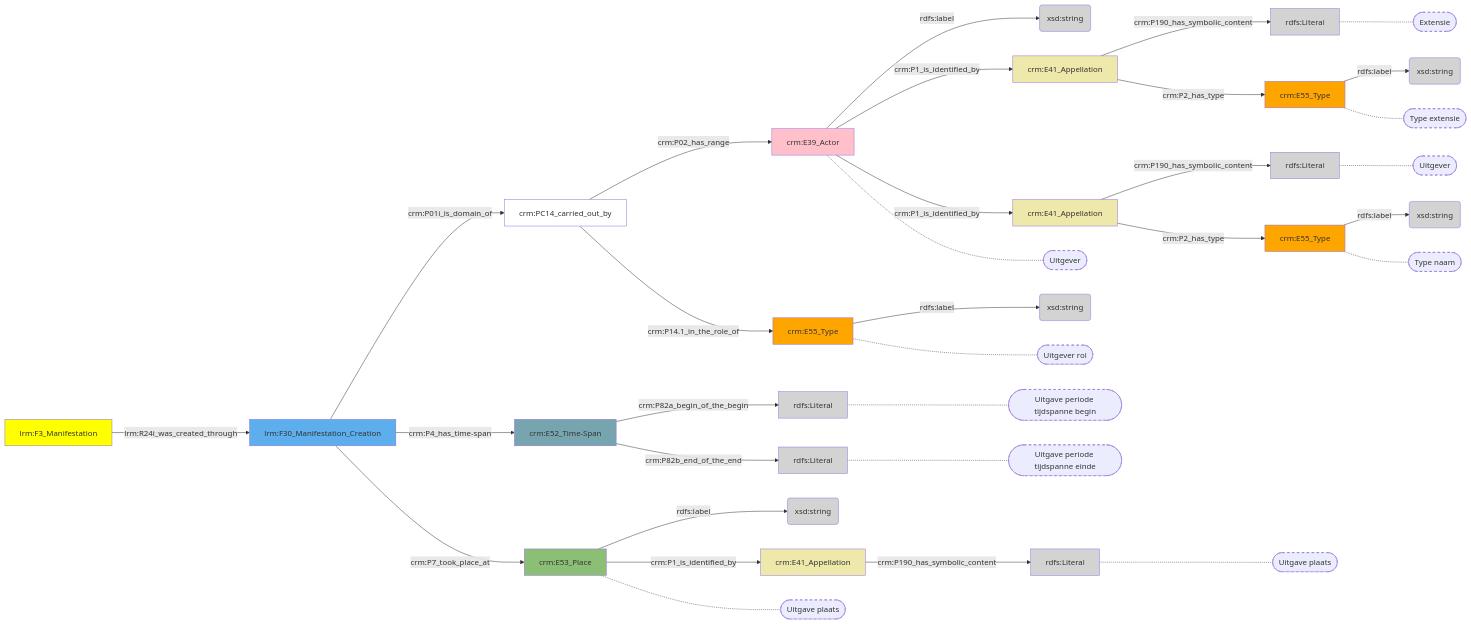
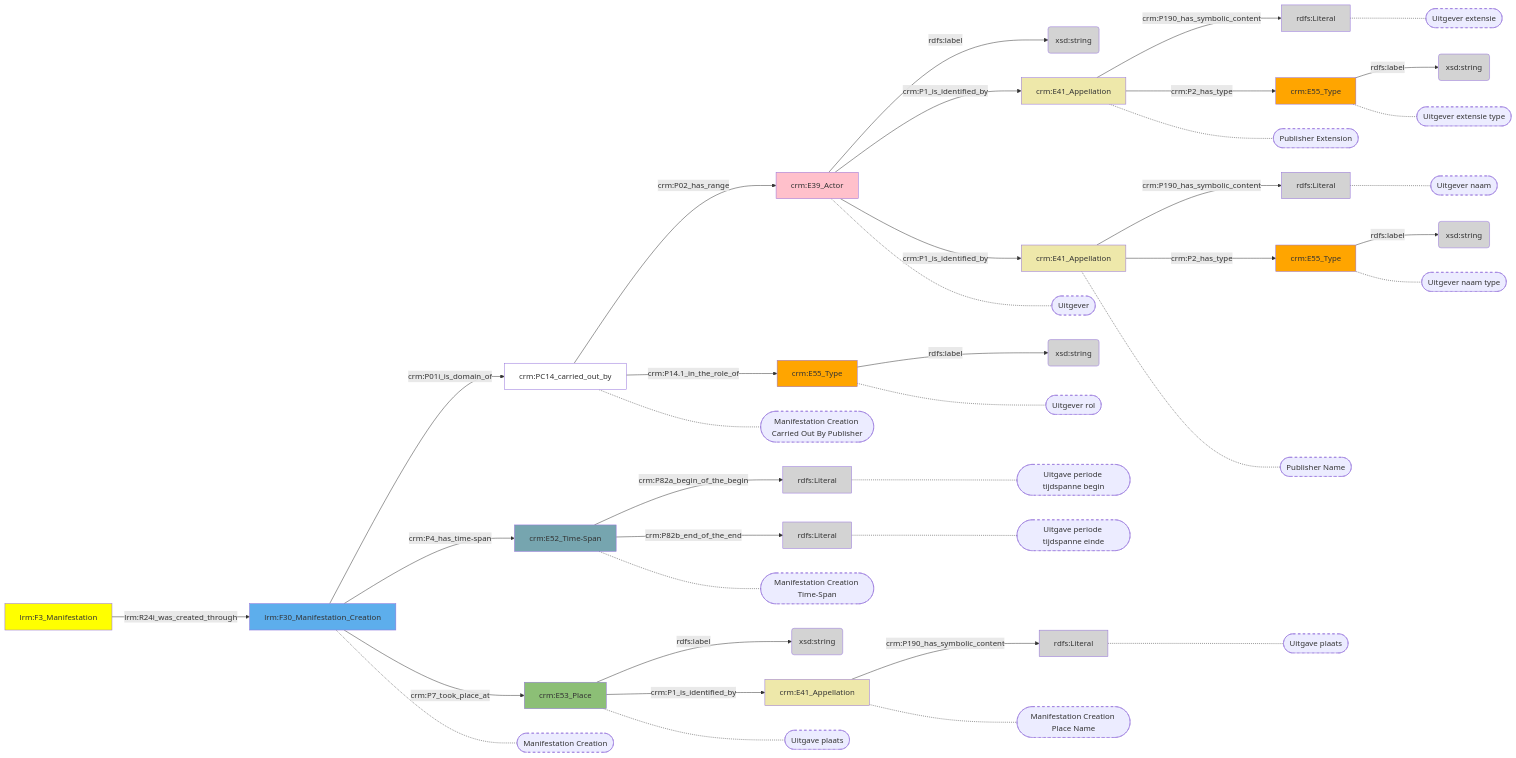
One commit to digipolisantwerpdocumentation/antwerp-cultureel-erfgoed changed the diagram in docs/content/modellen/BibliographicalManifestation/ManifestatieCreatie.md. Above: the diagram before and after it, drawn with Mermaid. The commit also changed 173 other files, not shown here.

````diff
--- a/docs/content/modellen/BibliographicalManifestation/ManifestatieCreatie.md
+++ b/docs/content/modellen/BibliographicalManifestation/ManifestatieCreatie.md
@@ -1,66 +1,78 @@
 ```mermaid
 graph LR
 960a47dc-94fe-11ee-9c98-960002548b4f["crm:E55_Type"]-->|"rdfs:label"|960a4b26-94fe-11ee-a096-960002548b4f(xsd:string)
 b2832f1a-8e98-11ee-8f9d-96a6d245525a["crm:E39_Actor"]-->|"rdfs:label"|b2832fe2-8e98-11ee-8f9d-96a6d245525a(xsd:string)
 b2833032-8e98-11ee-8f9d-96a6d245525a["crm:E41_Appellation"]-->|"crm:P190_has_symbolic_content"|b2833078-8e98-11ee-8f9d-96a6d245525a(rdfs:Literal)
 b28330c8-8e98-11ee-8f9d-96a6d245525a["crm:E55_Type"]-->|"rdfs:label"|b283310e-8e98-11ee-8f9d-96a6d245525a(xsd:string)
 b2833154-8e98-11ee-8f9d-96a6d245525a["crm:E41_Appellation"]-->|"crm:P190_has_symbolic_content"|b283319a-8e98-11ee-8f9d-96a6d245525a(rdfs:Literal)
 b2833276-8e98-11ee-8f9d-96a6d245525a["crm:E41_Appellation"]-->|"crm:P190_has_symbolic_content"|b28332bc-8e98-11ee-8f9d-96a6d245525a(rdfs:Literal)
 b2833398-8e98-11ee-8f9d-96a6d245525a["crm:E52_Time-Span"]-->|"crm:P82a_begin_of_the_begin"|b283342e-8e98-11ee-8f9d-96a6d245525a(rdfs:Literal)
 b2833398-8e98-11ee-8f9d-96a6d245525a["crm:E52_Time-Span"]-->|"crm:P82b_end_of_the_end"|b28334c4-8e98-11ee-8f9d-96a6d245525a(rdfs:Literal)
 b2833474-8e98-11ee-8f9d-96a6d245525a["crm:E55_Type"]-->|"rdfs:label"|b283355a-8e98-11ee-8f9d-96a6d245525a(xsd:string)
 b283350a-8e98-11ee-8f9d-96a6d245525a["crm:E53_Place"]-->|"rdfs:label"|b2832f88-8e98-11ee-8f9d-96a6d245525a(xsd:string)
 17e0efec-8e93-11ee-8f9d-96a6d245525a["lrm:F3_Manifestation"]-->|"lrm:R24i_was_created_through"|b2832db2-8e98-11ee-8f9d-96a6d245525a["lrm:F30_Manifestation_Creation"]
 b2832db2-8e98-11ee-8f9d-96a6d245525a["lrm:F30_Manifestation_Creation"]-->|"crm:P01i_is_domain_of"|b28333e8-8e98-11ee-8f9d-96a6d245525a["crm:PC14_carried_out_by"]
 b2832db2-8e98-11ee-8f9d-96a6d245525a["lrm:F30_Manifestation_Creation"]-->|"crm:P4_has_time-span"|b2833398-8e98-11ee-8f9d-96a6d245525a["crm:E52_Time-Span"]
 b2832db2-8e98-11ee-8f9d-96a6d245525a["lrm:F30_Manifestation_Creation"]-->|"crm:P7_took_place_at"|b283350a-8e98-11ee-8f9d-96a6d245525a["crm:E53_Place"]
 b2832f1a-8e98-11ee-8f9d-96a6d245525a["crm:E39_Actor"]-->|"crm:P1_is_identified_by"|b2833032-8e98-11ee-8f9d-96a6d245525a["crm:E41_Appellation"]
 b2832f1a-8e98-11ee-8f9d-96a6d245525a["crm:E39_Actor"]-->|"crm:P1_is_identified_by"|b2833276-8e98-11ee-8f9d-96a6d245525a["crm:E41_Appellation"]
 b2833032-8e98-11ee-8f9d-96a6d245525a["crm:E41_Appellation"]-->|"crm:P2_has_type"|b28330c8-8e98-11ee-8f9d-96a6d245525a["crm:E55_Type"]
 b2833276-8e98-11ee-8f9d-96a6d245525a["crm:E41_Appellation"]-->|"crm:P2_has_type"|960a47dc-94fe-11ee-9c98-960002548b4f["crm:E55_Type"]
 b28333e8-8e98-11ee-8f9d-96a6d245525a["crm:PC14_carried_out_by"]-->|"crm:P02_has_range"|b2832f1a-8e98-11ee-8f9d-96a6d245525a["crm:E39_Actor"]
 b28333e8-8e98-11ee-8f9d-96a6d245525a["crm:PC14_carried_out_by"]-->|"crm:P14.1_in_the_role_of"|b2833474-8e98-11ee-8f9d-96a6d245525a["crm:E55_Type"]
 b283350a-8e98-11ee-8f9d-96a6d245525a["crm:E53_Place"]-->|"crm:P1_is_identified_by"|b2833154-8e98-11ee-8f9d-96a6d245525a["crm:E41_Appellation"]
+b2832db2-8e98-11ee-8f9d-96a6d245525a["lrm:F30_Manifestation_Creation"]-.-b2832db2-8e98-11ee-8f9d-96a6d245525a_s(["Manifestation Creation"])
+b28333e8-8e98-11ee-8f9d-96a6d245525a["crm:PC14_carried_out_by"]-.-b28333e8-8e98-11ee-8f9d-96a6d245525a_s(["Manifestation Creation Carried Out By Publisher"])
+b2833398-8e98-11ee-8f9d-96a6d245525a["crm:E52_Time-Span"]-.-b2833398-8e98-11ee-8f9d-96a6d245525a_s(["Manifestation Creation Time-Span"])
 b283350a-8e98-11ee-8f9d-96a6d245525a["crm:E53_Place"]-.-b283350a-8e98-11ee-8f9d-96a6d245525a_s(["Uitgave plaats"])
-b2833078-8e98-11ee-8f9d-96a6d245525a["rdfs:Literal"]-.-b2833078-8e98-11ee-8f9d-96a6d245525a_s(["Extensie"])
-b28330c8-8e98-11ee-8f9d-96a6d245525a["crm:E55_Type"]-.-b28330c8-8e98-11ee-8f9d-96a6d245525a_s(["Type "extensie""])
+b2833032-8e98-11ee-8f9d-96a6d245525a["crm:E41_Appellation"]-.-b2833032-8e98-11ee-8f9d-96a6d245525a_s(["Publisher Extension"])
+b2833276-8e98-11ee-8f9d-96a6d245525a["crm:E41_Appellation"]-.-b2833276-8e98-11ee-8f9d-96a6d245525a_s(["Publisher Name"])
+b2833078-8e98-11ee-8f9d-96a6d245525a["rdfs:Literal"]-.-b2833078-8e98-11ee-8f9d-96a6d245525a_s(["Uitgever extensie"])
+b28330c8-8e98-11ee-8f9d-96a6d245525a["crm:E55_Type"]-.-b28330c8-8e98-11ee-8f9d-96a6d245525a_s(["Uitgever extensie type"])
 b283319a-8e98-11ee-8f9d-96a6d245525a["rdfs:Literal"]-.-b283319a-8e98-11ee-8f9d-96a6d245525a_s(["Uitgave plaats"])
-b28332bc-8e98-11ee-8f9d-96a6d245525a["rdfs:Literal"]-.-b28332bc-8e98-11ee-8f9d-96a6d245525a_s(["Uitgever"])
-960a47dc-94fe-11ee-9c98-960002548b4f["crm:E55_Type"]-.-960a47dc-94fe-11ee-9c98-960002548b4f_s(["Type "naam""])
+b28332bc-8e98-11ee-8f9d-96a6d245525a["rdfs:Literal"]-.-b28332bc-8e98-11ee-8f9d-96a6d245525a_s(["Uitgever naam"])
+960a47dc-94fe-11ee-9c98-960002548b4f["crm:E55_Type"]-.-960a47dc-94fe-11ee-9c98-960002548b4f_s(["Uitgever naam type"])
 b283342e-8e98-11ee-8f9d-96a6d245525a["rdfs:Literal"]-.-b283342e-8e98-11ee-8f9d-96a6d245525a_s(["Uitgave periode tijdspanne begin"])
 b28334c4-8e98-11ee-8f9d-96a6d245525a["rdfs:Literal"]-.-b28334c4-8e98-11ee-8f9d-96a6d245525a_s(["Uitgave periode tijdspanne einde"])
 b2832f1a-8e98-11ee-8f9d-96a6d245525a["crm:E39_Actor"]-.-b2832f1a-8e98-11ee-8f9d-96a6d245525a_s(["Uitgever"])
 b2833474-8e98-11ee-8f9d-96a6d245525a["crm:E55_Type"]-.-b2833474-8e98-11ee-8f9d-96a6d245525a_s(["Uitgever rol"])
+b2833154-8e98-11ee-8f9d-96a6d245525a["crm:E41_Appellation"]-.-b2833154-8e98-11ee-8f9d-96a6d245525a_s(["Manifestation Creation Place Name"])
+style b2832db2-8e98-11ee-8f9d-96a6d245525a_s stroke-dasharray: 5
+style b28333e8-8e98-11ee-8f9d-96a6d245525a_s stroke-dasharray: 5
+style b2833398-8e98-11ee-8f9d-96a6d245525a_s stroke-dasharray: 5
 style b283350a-8e98-11ee-8f9d-96a6d245525a_s stroke-dasharray: 5
+style b2833032-8e98-11ee-8f9d-96a6d245525a_s stroke-dasharray: 5
+style b2833276-8e98-11ee-8f9d-96a6d245525a_s stroke-dasharray: 5
 style b2833078-8e98-11ee-8f9d-96a6d245525a_s stroke-dasharray: 5
 style b28330c8-8e98-11ee-8f9d-96a6d245525a_s stroke-dasharray: 5
 style b283319a-8e98-11ee-8f9d-96a6d245525a_s stroke-dasharray: 5
 style b28332bc-8e98-11ee-8f9d-96a6d245525a_s stroke-dasharray: 5
 style 960a47dc-94fe-11ee-9c98-960002548b4f_s stroke-dasharray: 5
 style b283342e-8e98-11ee-8f9d-96a6d245525a_s stroke-dasharray: 5
 style b28334c4-8e98-11ee-8f9d-96a6d245525a_s stroke-dasharray: 5
 style b2832f1a-8e98-11ee-8f9d-96a6d245525a_s stroke-dasharray: 5
 style b2833474-8e98-11ee-8f9d-96a6d245525a_s stroke-dasharray: 5
+style b2833154-8e98-11ee-8f9d-96a6d245525a_s stroke-dasharray: 5
 style 17e0efec-8e93-11ee-8f9d-96a6d245525a fill:#ffff00
 style 960a47dc-94fe-11ee-9c98-960002548b4f fill:#ffa500
 style 960a4b26-94fe-11ee-a096-960002548b4f fill:#D3D3D3
 style b2832db2-8e98-11ee-8f9d-96a6d245525a fill:#5DAEEC
 style b2832f1a-8e98-11ee-8f9d-96a6d245525a fill:#ffc0cb
 style b2832f88-8e98-11ee-8f9d-96a6d245525a fill:#D3D3D3
 style b2832fe2-8e98-11ee-8f9d-96a6d245525a fill:#D3D3D3
 style b2833032-8e98-11ee-8f9d-96a6d245525a fill:#EEE8AA
 style b2833078-8e98-11ee-8f9d-96a6d245525a fill:#D3D3D3
 style b28330c8-8e98-11ee-8f9d-96a6d245525a fill:#ffa500
 style b283310e-8e98-11ee-8f9d-96a6d245525a fill:#D3D3D3
 style b2833154-8e98-11ee-8f9d-96a6d245525a fill:#EEE8AA
 style b283319a-8e98-11ee-8f9d-96a6d245525a fill:#D3D3D3
 style b2833276-8e98-11ee-8f9d-96a6d245525a fill:#EEE8AA
 style b28332bc-8e98-11ee-8f9d-96a6d245525a fill:#D3D3D3
 style b2833398-8e98-11ee-8f9d-96a6d245525a fill:#76A5AF
 style b28333e8-8e98-11ee-8f9d-96a6d245525a fill:#ffffff
 style b283342e-8e98-11ee-8f9d-96a6d245525a fill:#D3D3D3
 style b2833474-8e98-11ee-8f9d-96a6d245525a fill:#ffa500
 style b28334c4-8e98-11ee-8f9d-96a6d245525a fill:#D3D3D3
 style b283350a-8e98-11ee-8f9d-96a6d245525a fill:#8CBF76
 style b283355a-8e98-11ee-8f9d-96a6d245525a fill:#D3D3D3
 ```
````
